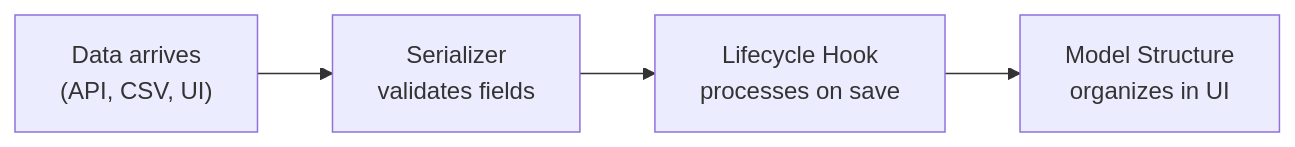
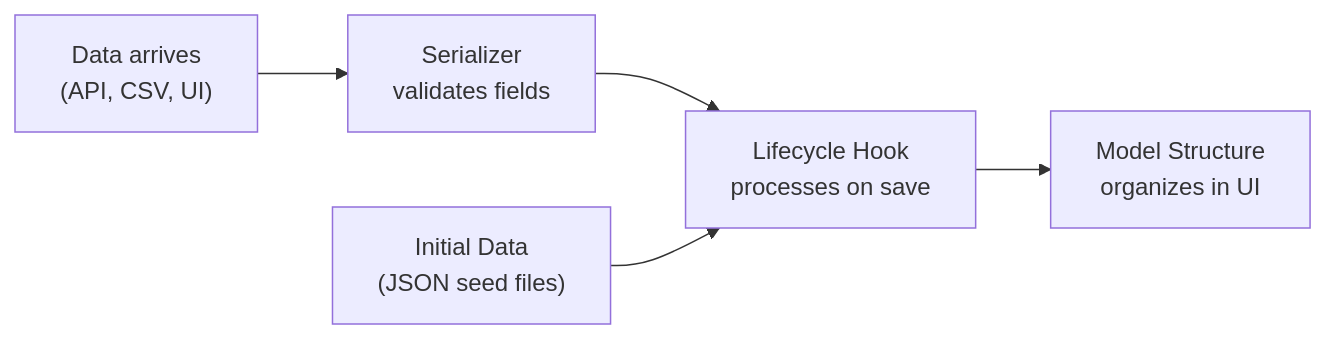
The diagram in content/features/data-pipeline/index.md (ExcellenceCloudGmbH/lex-app-docs), drawn with Mermaid before and after one commit. The commit also changed other lines of this file and 59 other files, not shown here.

Commit message:
CalculatedModelMixin, Initial Data Upload, Celery and more

````diff
--- a/content/features/data-pipeline/index.md
+++ b/content/features/data-pipeline/index.md
@@ -7,10 +7,12 @@
 ```mermaid
 flowchart LR
     A["Data arrives
     (API, CSV, UI)"] --> B["Serializer
     validates fields"]
     B --> C["Lifecycle Hook
     processes on save"]
     C --> D["Model Structure
     organizes in UI"]
+    E["Initial Data
+    (JSON seed files)"] --> C
 ```
````
